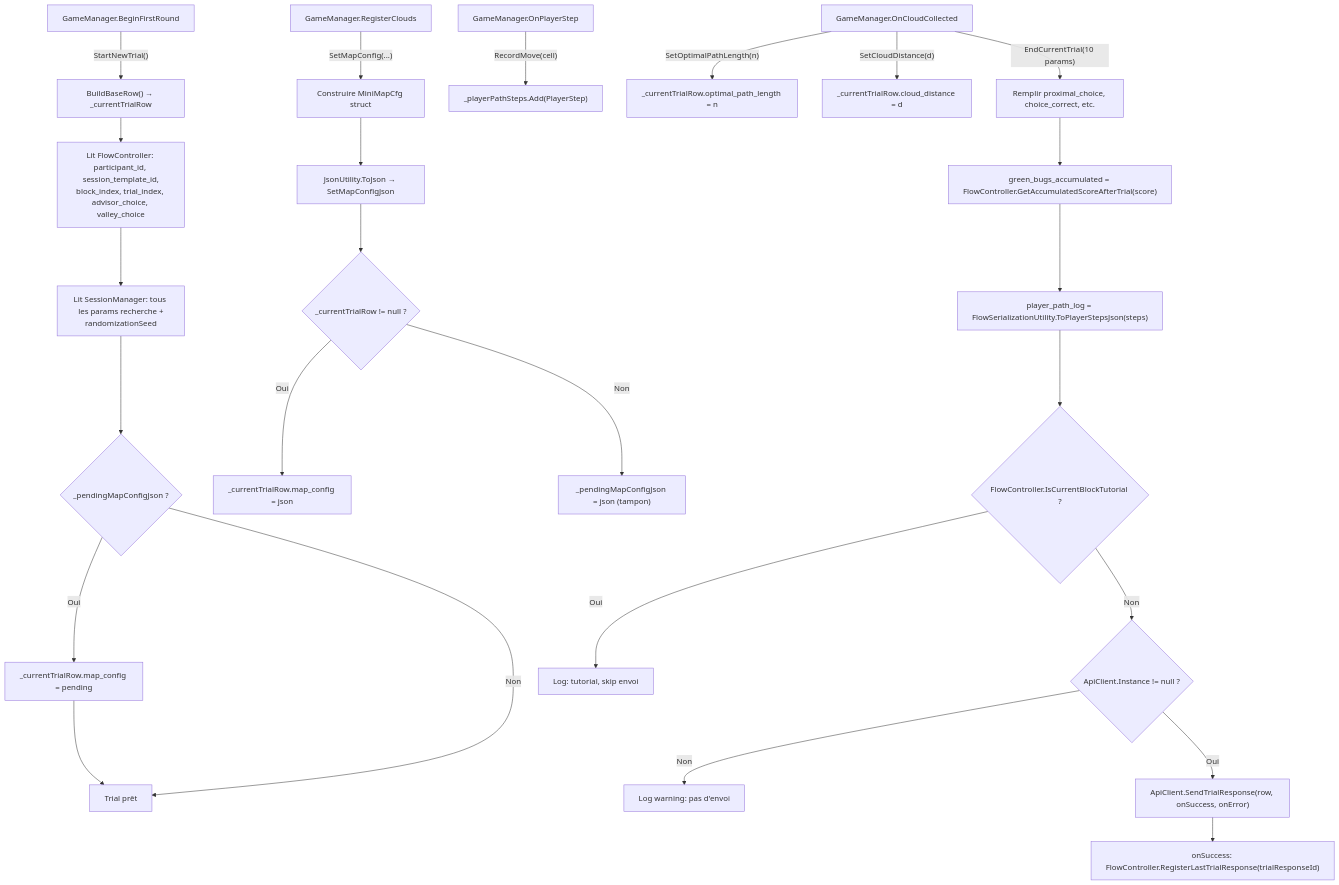
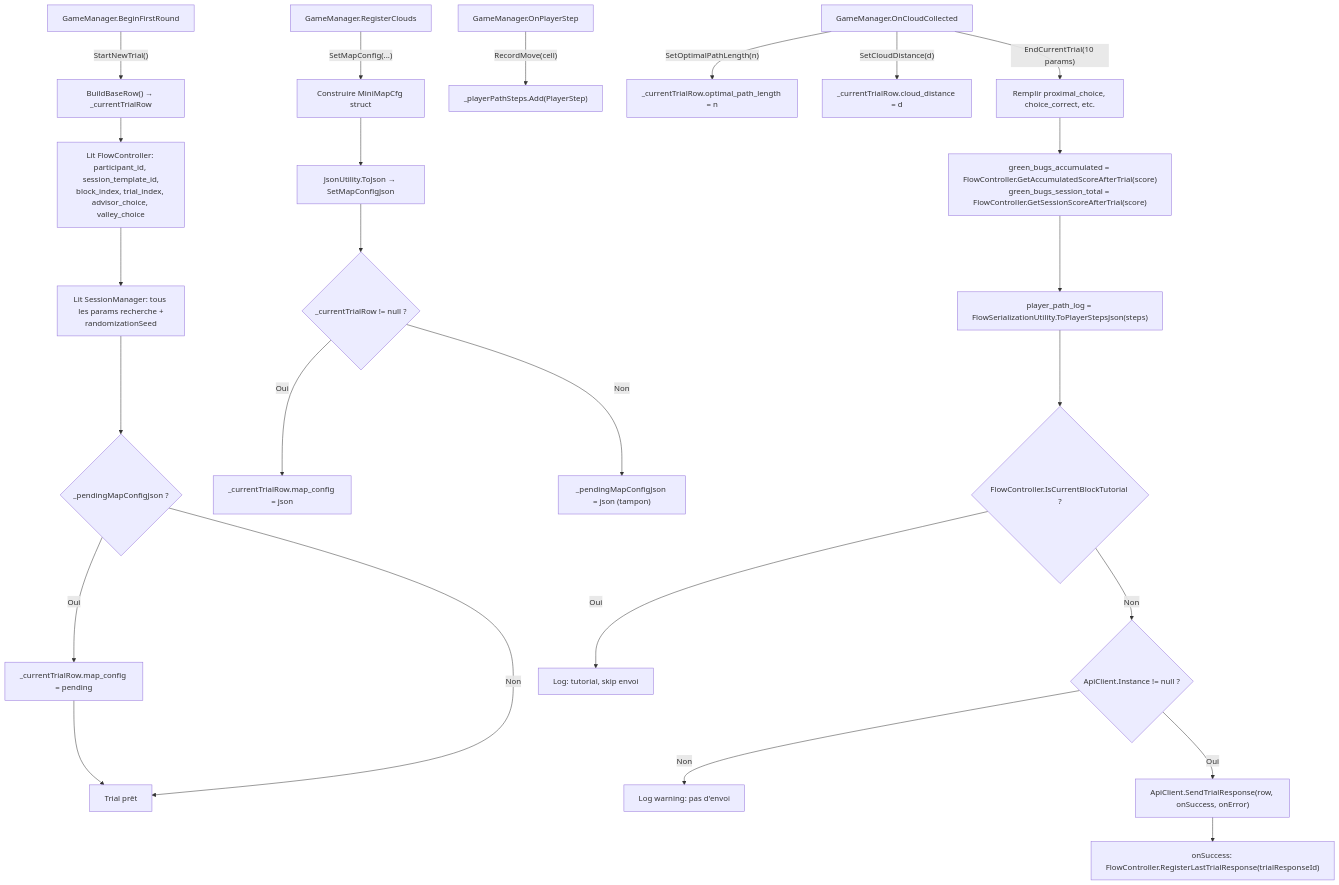
One commit to PierreChagnon/BUGS changed diagram 15 of 28 in Docs/TDD.md. Above: the diagram before and after it, drawn with Mermaid. The commit also changed other lines of this file and 10 other files, not shown here.

Commit message:
feat: add green_bugs_session_total to the break scene + export through API

````diff
--- a/Docs/TDD.md
+++ b/Docs/TDD.md
@@ -1748,30 +1748,30 @@
 ```mermaid
 graph TD
     C["GameManager.BeginFirstRound"] -->|"StartNewTrial()"| D["BuildBaseRow() → _currentTrialRow"]
     D --> D1["Lit FlowController: participant_id, session_template_id,<br/>block_index, trial_index, advisor_choice, valley_choice"]
     D1 --> D2["Lit SessionManager: tous les params recherche +<br/>randomizationSeed"]
     D2 --> E{_pendingMapConfigJson ?}
     E -->|Oui| F["_currentTrialRow.map_config = pending"]
     E -->|Non| G[Trial prêt]
     F --> G
 
     H["GameManager.RegisterClouds"] -->|"SetMapConfig(...)"| H1["Construire MiniMapCfg struct"]
     H1 --> H2["JsonUtility.ToJson → SetMapConfigJson"]
     H2 --> I{_currentTrialRow != null ?}
     I -->|Oui| J["_currentTrialRow.map_config = json"]
     I -->|Non| K["_pendingMapConfigJson = json (tampon)"]
 
     L["GameManager.OnPlayerStep"] -->|"RecordMove(cell)"| M["_playerPathSteps.Add(PlayerStep)"]
 
     N["GameManager.OnCloudCollected"] -->|"SetOptimalPathLength(n)"| O["_currentTrialRow.optimal_path_length = n"]
     N -->|"SetCloudDistance(d)"| O2["_currentTrialRow.cloud_distance = d"]
     N -->|"EndCurrentTrial(10 params)"| P["Remplir proximal_choice, choice_correct, etc."]
-    P --> P1["green_bugs_accumulated = FlowController.GetAccumulatedScoreAfterTrial(score)"]
+    P --> P1["green_bugs_accumulated = FlowController.GetAccumulatedScoreAfterTrial(score)<br/>green_bugs_session_total = FlowController.GetSessionScoreAfterTrial(score)"]
     P1 --> P2["player_path_log = FlowSerializationUtility.ToPlayerStepsJson(steps)"]
     P2 --> P3{"FlowController.IsCurrentBlockTutorial ?"}
     P3 -->|Oui| P4["Log: tutorial, skip envoi"]
     P3 -->|Non| P5{"ApiClient.Instance != null ?"}
     P5 -->|Non| P6["Log warning: pas d'envoi"]
     P5 -->|Oui| T["ApiClient.SendTrialResponse(row, onSuccess, onError)"]
     T --> T1["onSuccess: FlowController.RegisterLastTrialResponse(trialResponseId)"]
 ```
````
